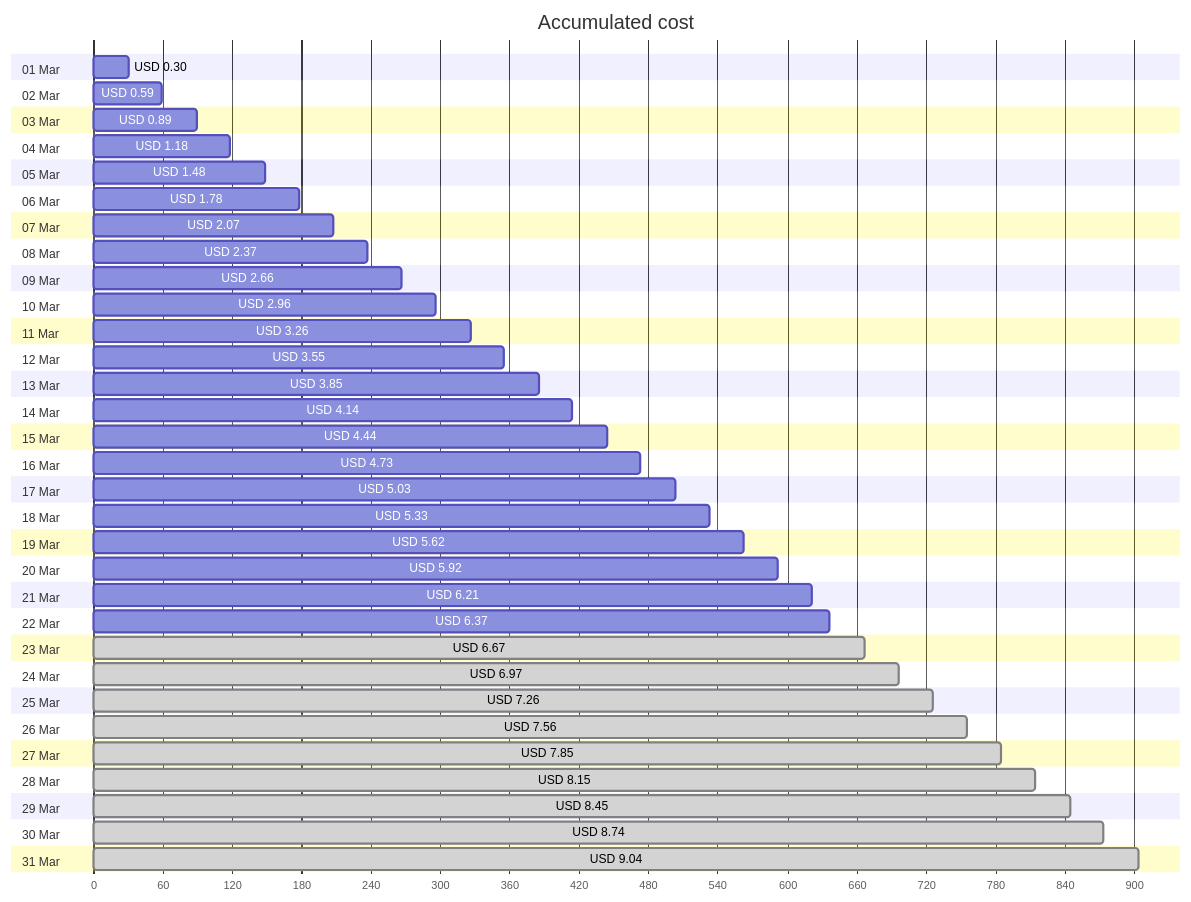
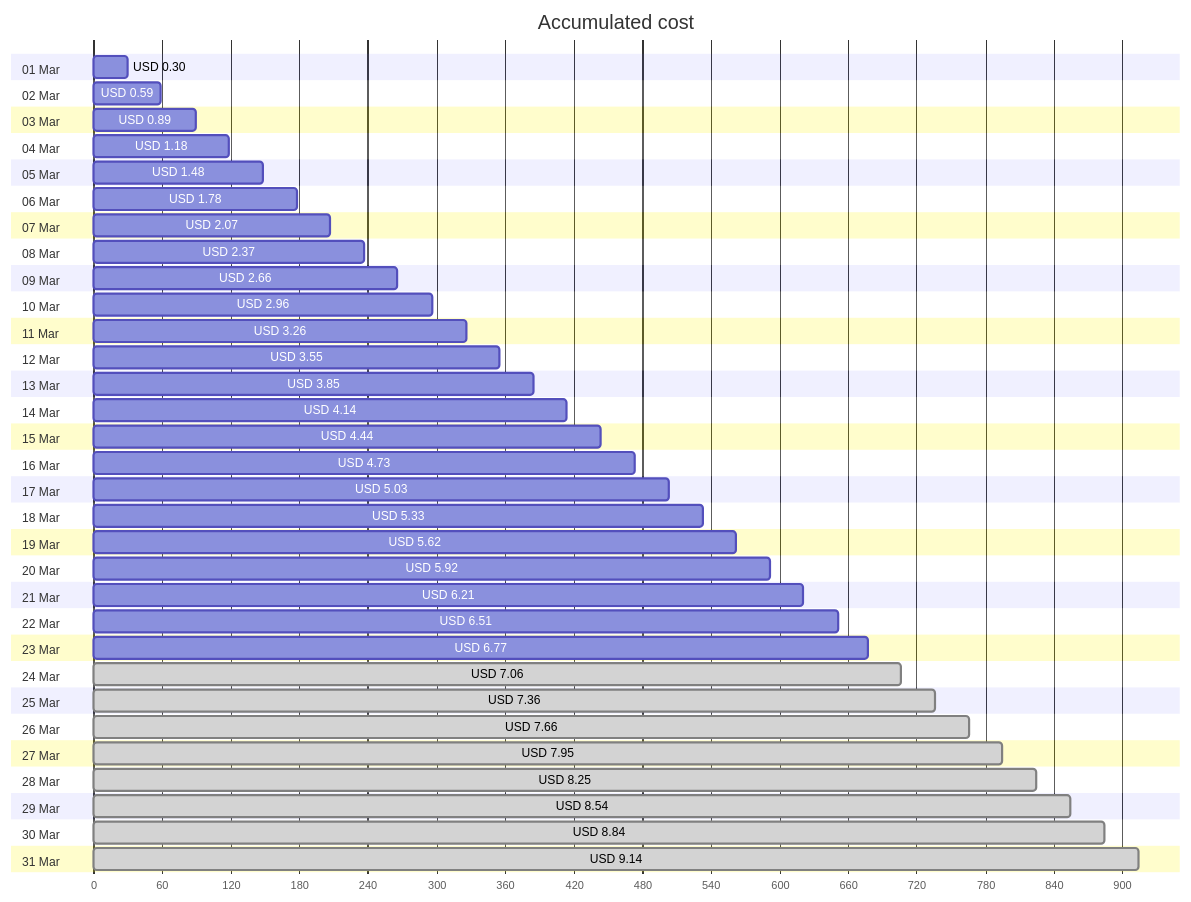
One commit to jpfulton/azure-personal-reports changed the first of 4 diagrams in cost-reports/personal-site/personal-site.md. Above: the diagram before and after it, drawn with Mermaid. The commit also changed other lines of this file and 6 other files, not shown here.

````diff
--- a/cost-reports/personal-site/personal-site.md
+++ b/cost-reports/personal-site/personal-site.md
@@ -20,68 +20,68 @@
 ```mermaid
 gantt
    title Accumulated cost
    dateFormat  X
    axisFormat %s
    section 01 Mar
    USD 0.30 :0, 30
    section 02 Mar
    USD 0.59 :0, 59
    section 03 Mar
    USD 0.89 :0, 89
    section 04 Mar
    USD 1.18 :0, 118
    section 05 Mar
    USD 1.48 :0, 148
    section 06 Mar
    USD 1.78 :0, 178
    section 07 Mar
    USD 2.07 :0, 207
    section 08 Mar
    USD 2.37 :0, 237
    section 09 Mar
    USD 2.66 :0, 266
    section 10 Mar
    USD 2.96 :0, 296
    section 11 Mar
    USD 3.26 :0, 326
    section 12 Mar
    USD 3.55 :0, 355
    section 13 Mar
    USD 3.85 :0, 385
    section 14 Mar
    USD 4.14 :0, 414
    section 15 Mar
    USD 4.44 :0, 444
    section 16 Mar
    USD 4.73 :0, 473
    section 17 Mar
    USD 5.03 :0, 503
    section 18 Mar
    USD 5.33 :0, 533
    section 19 Mar
    USD 5.62 :0, 562
    section 20 Mar
    USD 5.92 :0, 592
    section 21 Mar
    USD 6.21 :0, 621
    section 22 Mar
-   USD 6.37 :0, 637
+   USD 6.51 :0, 651
    section 23 Mar
-   USD 6.67 : done, 0, 667
+   USD 6.77 :0, 677
    section 24 Mar
-   USD 6.97 : done, 0, 697
+   USD 7.06 : done, 0, 706
    section 25 Mar
-   USD 7.26 : done, 0, 726
+   USD 7.36 : done, 0, 736
    section 26 Mar
-   USD 7.56 : done, 0, 756
+   USD 7.66 : done, 0, 766
    section 27 Mar
-   USD 7.85 : done, 0, 785
+   USD 7.95 : done, 0, 795
    section 28 Mar
-   USD 8.15 : done, 0, 815
+   USD 8.25 : done, 0, 825
    section 29 Mar
-   USD 8.45 : done, 0, 845
+   USD 8.54 : done, 0, 854
    section 30 Mar
-   USD 8.74 : done, 0, 874
+   USD 8.84 : done, 0, 884
    section 31 Mar
-   USD 9.04 : done, 0, 904
+   USD 9.14 : done, 0, 914
 ```
````
